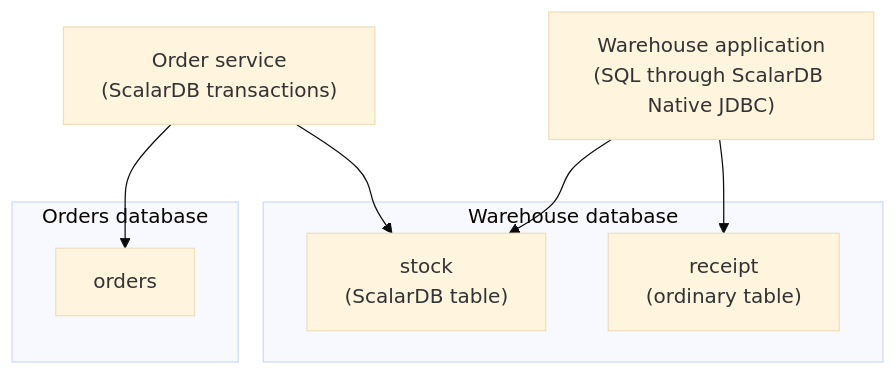
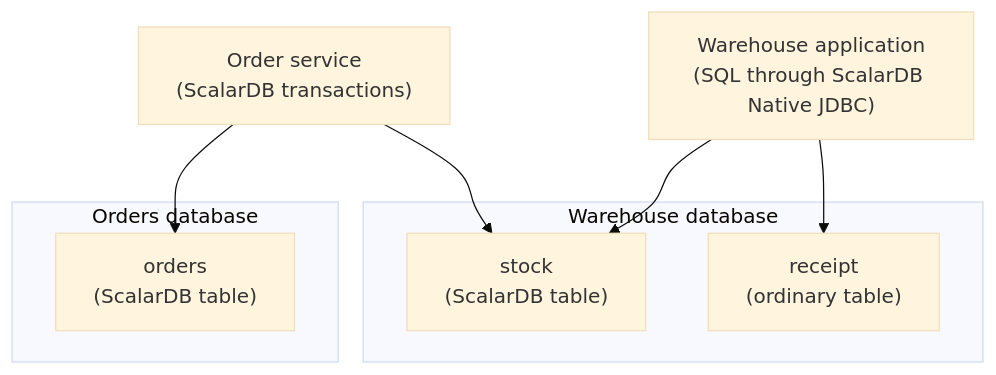
One commit to scalar-labs/scalardb-native-jdbc changed the diagram in docs/getting-started.md. Above: the diagram before and after it, drawn with Mermaid (base theme). The commit also changed other lines of this file and 6 other files, not shown here.

````diff
--- a/docs/getting-started.md
+++ b/docs/getting-started.md
@@ -23,16 +23,16 @@
 ```mermaid
 flowchart TB
   orderService["Order service<br/>(ScalarDB transactions)"]
   warehouseApp["Warehouse application<br/>(SQL through ScalarDB Native JDBC)"]
   subgraph ordersDb["Orders database"]
-    orders["orders"]
+    orders["orders<br/>(ScalarDB table)"]
   end
   subgraph warehouseDb["Warehouse database"]
     stock["stock<br/>(ScalarDB table)"]
     receipt["receipt<br/>(ordinary table)"]
   end
   orderService --> orders
   orderService --> stock
   warehouseApp --> stock
   warehouseApp --> receipt
 ```
````
